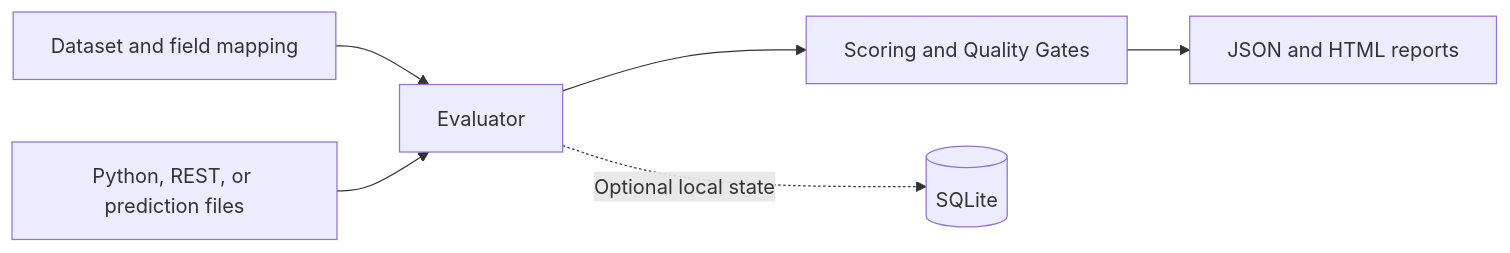
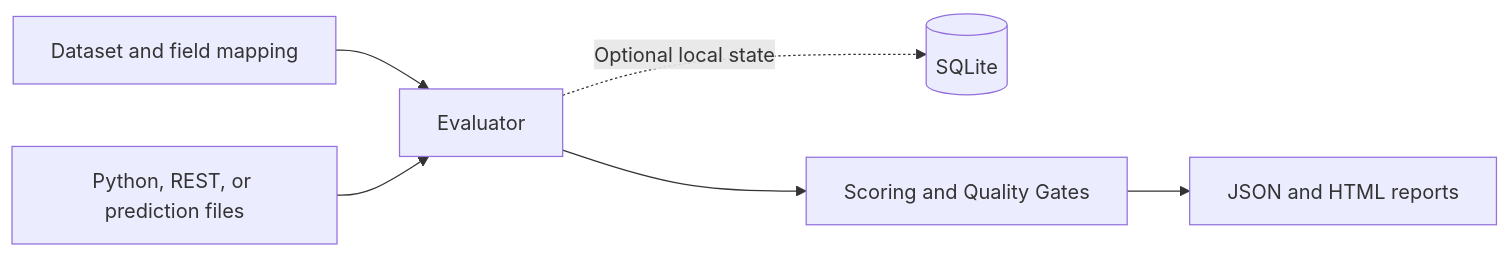
The diagram in README.md (maxx0214/llmguard-ci), drawn with Mermaid before and after one commit. The commit also changed other lines of this file and 3 other files, not shown here.

````diff
--- a/README.md
+++ b/README.md
@@ -91,8 +115,8 @@
 ```mermaid
 flowchart LR
-    Data[Dataset and field mapping] --> Eval[Evaluator]
-    Systems[Python, REST, or prediction files] --> Eval
-    Eval --> Engine[Scoring and Quality Gates]
+    Data["Dataset and field mapping"] --> Eval["Evaluator"]
+    Sources["Python, REST, or prediction files"] --> Eval
     Eval -. Optional local state .-> SQLite[(SQLite)]
-    Engine --> Reports[JSON and HTML reports]
+    Eval --> Engine["Scoring and Quality Gates"]
+    Engine --> Reports["JSON and HTML reports"]
 ```
````
